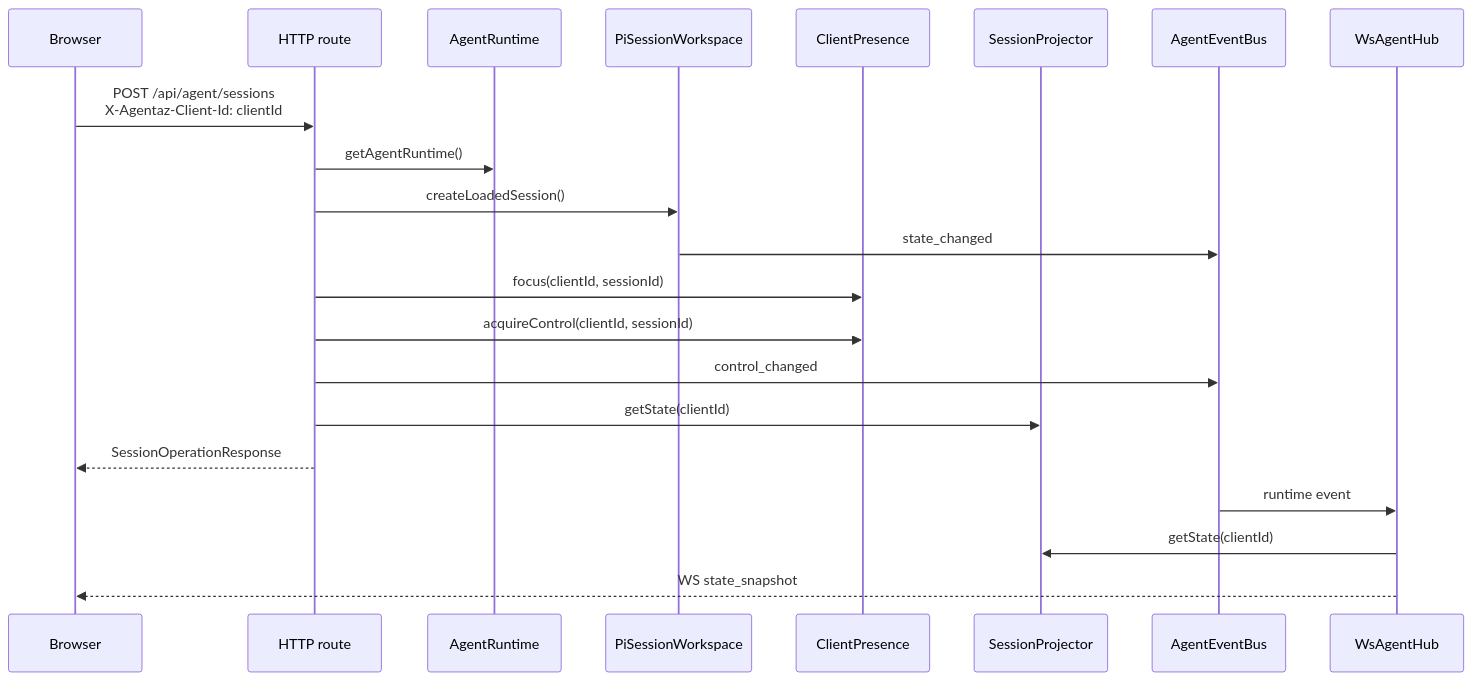
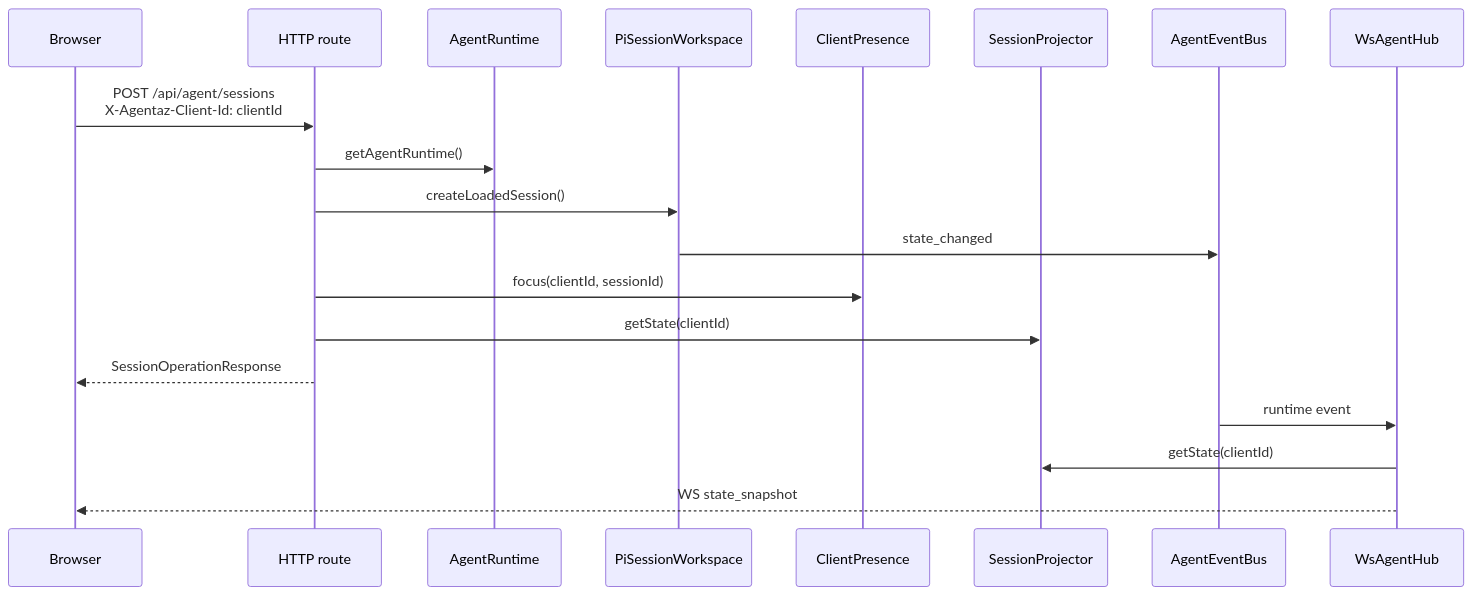
Before and after one commit to ZX-Ning/Agentaz: the fourth of 7 diagrams in docs/server-runtime-architecture.md, drawn with Mermaid. The commit also changed other lines of this file and 17 other files, not shown here.

````diff
--- a/docs/server-runtime-architecture.md
+++ b/docs/server-runtime-architecture.md
@@ -91,25 +91,23 @@
 ```mermaid
 sequenceDiagram
   participant Browser
   participant Route as HTTP route
   participant Runtime as AgentRuntime
   participant Workspace as PiSessionWorkspace
   participant Presence as ClientPresence
   participant Projector as SessionProjector
   participant Bus as AgentEventBus
   participant Hub as WsAgentHub
 
   Browser->>Route: POST /api/agent/sessions<br/>X-Agentaz-Client-Id: clientId
   Route->>Runtime: getAgentRuntime()
   Route->>Workspace: createLoadedSession()
   Workspace->>Bus: state_changed
   Route->>Presence: focus(clientId, sessionId)
-  Route->>Presence: acquireControl(clientId, sessionId)
-  Route->>Bus: control_changed
   Route->>Projector: getState(clientId)
   Route-->>Browser: SessionOperationResponse
 
   Bus->>Hub: runtime event
   Hub->>Projector: getState(clientId)
   Hub-->>Browser: WS state_snapshot
 ```
````
